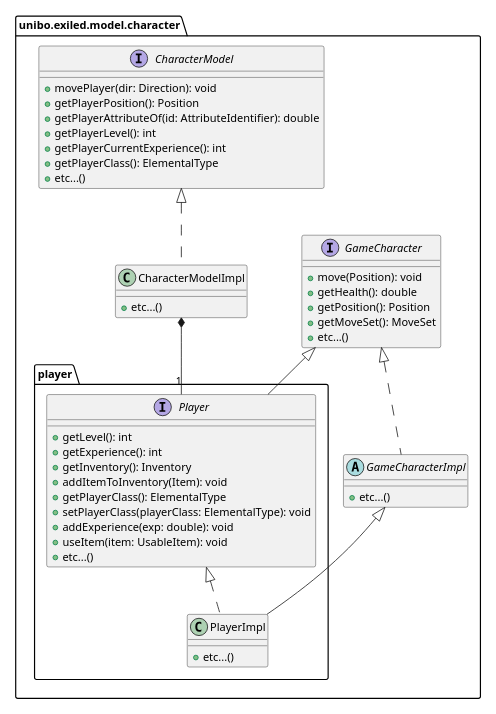
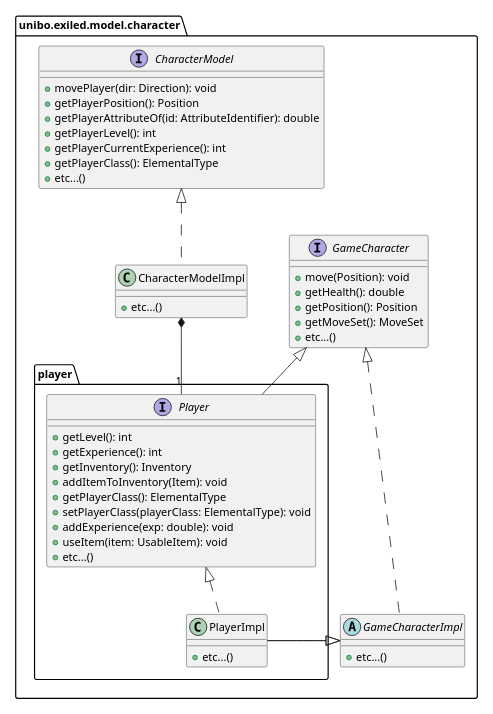
Before and after one commit to unibo-oop-projects/OOP23-Baldoni-Beylax-Casadei-MarcoMagnani03-Pazzaglia-exiled: the diagram in docs/player/the-exiled-player-uml.puml, drawn with PlantUML. The commit also changed 2 other files, not shown here.

```diff
--- a/docs/player/the-exiled-player-uml.puml
+++ b/docs/player/the-exiled-player-uml.puml
@@ -1,55 +1,56 @@
 @startuml
 scale 0.5
 set separator none
 package unibo.exiled.model.character
 {
   interface GameCharacter {
       + move(Position): void
       + getHealth(): double
       + getPosition(): Position
       + getMoveSet(): MoveSet
       + etc...()
   }
   
   abstract class GameCharacterImpl implements GameCharacter {
       + etc...()
   }
   
   package player{
     interface Player extends GameCharacter {
         + getLevel(): int
         + getExperience(): int
         + getInventory(): Inventory
         + addItemToInventory(Item): void
         + getPlayerClass(): ElementalType
         + setPlayerClass(playerClass: ElementalType): void
         + addExperience(exp: double): void
         + useItem(item: UsableItem): void
         + etc...()
     }
     
     class PlayerImpl extends GameCharacterImpl implements Player {
         + etc...()
     }
   }
   
 
   
   interface CharacterModel {
       + movePlayer(dir: Direction): void
       + getPlayerPosition(): Position
       + getPlayerAttributeOf(id: AttributeIdentifier): double
       + getPlayerLevel(): int
       + getPlayerCurrentExperience(): int
       + getPlayerClass(): ElementalType
       + etc...()
   }
   
   class CharacterModelImpl implements CharacterModel {
        + etc...()
   }
 }
 
 CharacterModelImpl *-- "1" Player 
+PlayerImpl -|> GameCharacterImpl
 
 @enduml
```
